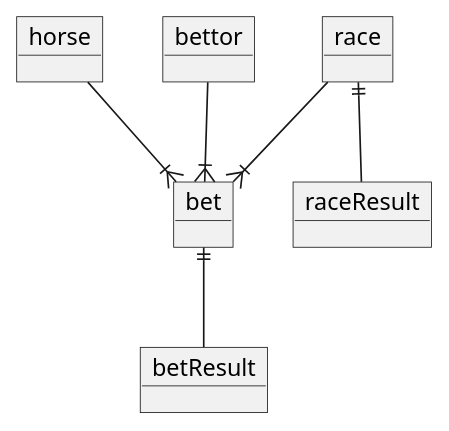
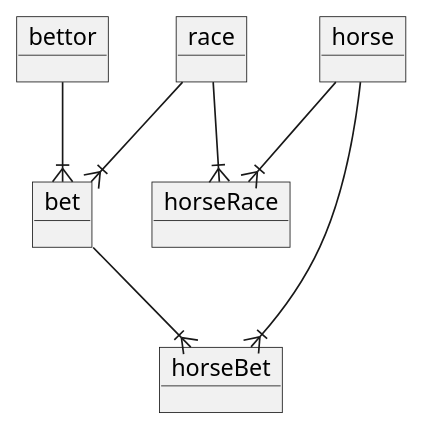
One commit to Gabs16TL/ApuestasHipodromo changed the diagram in ModelosDeDatos/ModeloConceptual.wsd. Above: the diagram before and after it, drawn with PlantUML. The commit also changed 1 other file, not shown here.

```diff
--- a/ModelosDeDatos/ModeloConceptual.wsd
+++ b/ModelosDeDatos/ModeloConceptual.wsd
@@ -1,21 +1,20 @@
 @startuml
-
 
 object race
 object horse
 object bettor
 object bet
-object raceResult
-object betResult
 
+object horseRace
+object horseBet
 
 race --|{ bet
 bettor --|{ bet
-horse --|{ bet
 
+race --|{ horseRace
+horse --|{ horseRace
 
-bet ||-- betResult
-
-race ||-- raceResult 
+bet--|{ horseBet
+horse --|{ horseBet
 
 @enduml
```
